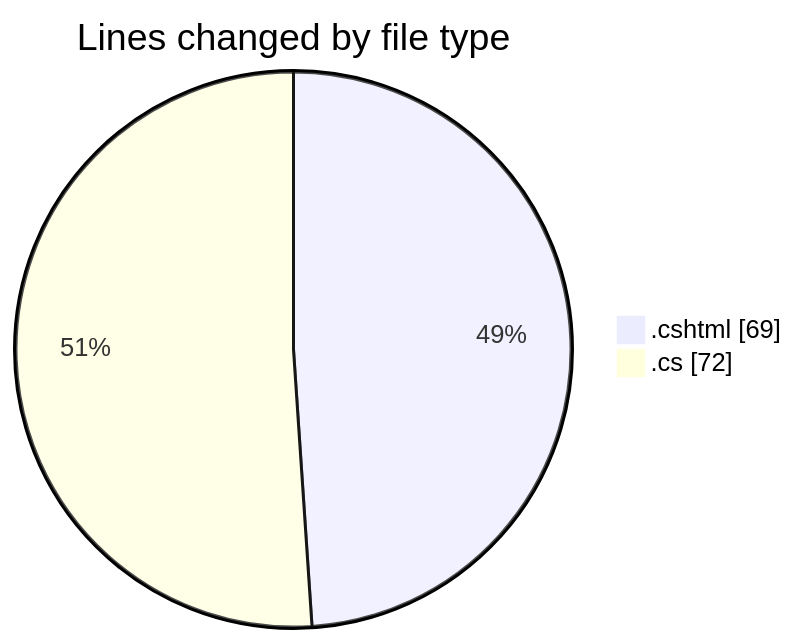
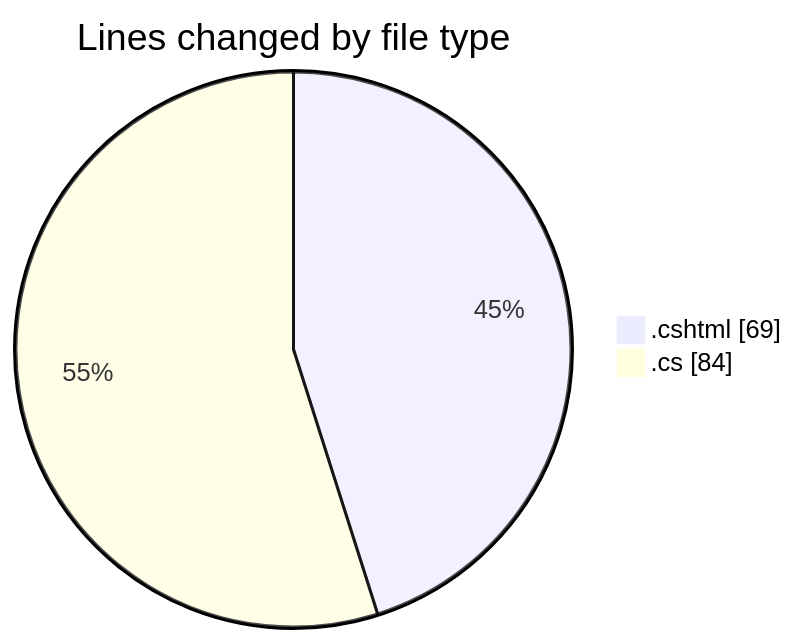
The first of 2 diagrams in 2025-07-18/nhahang/README.md (lephambinh05/code-tracking), drawn with Mermaid before and after one commit. The commit also changed other lines of this file and 1 other file, not shown here.

````diff
--- a/2025-07-18/nhahang/README.md
+++ b/2025-07-18/nhahang/README.md
@@ -25,6 +26,6 @@
 ```mermaid
 pie showData
 title Lines changed by file type
 ".cshtml" : 69
-".cs" : 72
+".cs" : 84
 ```
````
